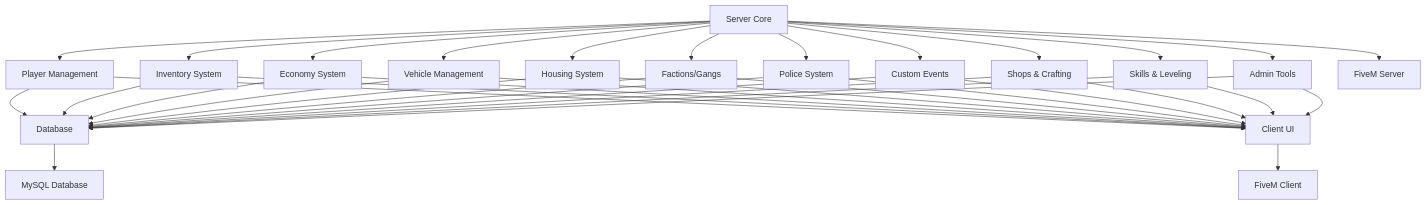
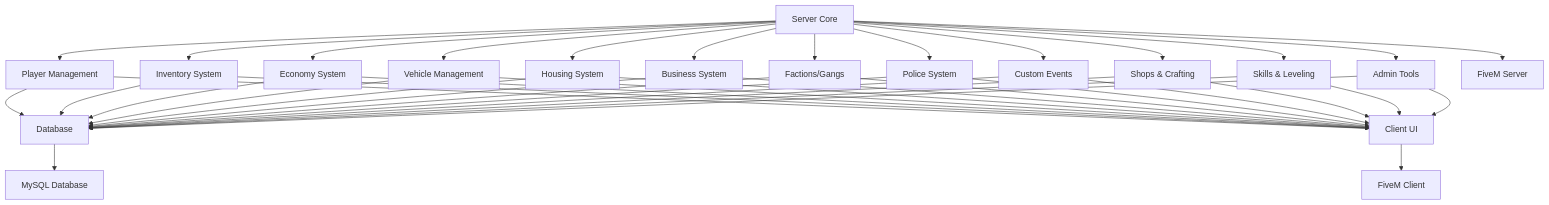
Before and after one commit to urmoit/CYV-RP: the diagram in plans/roadmap.md, drawn with Mermaid. The commit also changed other lines of this file and 2 other files, not shown here.

Commit message:
Enhance README and planning documents with detailed features and development roadmap. Updated housing system to include buyable mansions and added a new business system for drug dealing operations. Expanded TODO list and roadmap to reflect structured development phases and tasks.

````diff
--- a/plans/roadmap.md
+++ b/plans/roadmap.md
@@ -69,42 +78,45 @@
 ```mermaid
 graph TD
     A[Player Management] --> B[Database]
     C[Inventory System] --> B
     D[Economy System] --> B
     E[Vehicle Management] --> B
     F[Housing System] --> B
+    F2[Business System] --> B
     G[Factions/Gangs] --> B
     H[Police System] --> B
     I[Custom Events] --> B
     J[Shops & Crafting] --> B
     K[Skills & Leveling] --> B
     L[Admin Tools] --> B
 
     A --> M[Client UI]
     C --> M
     D --> M
     E --> M
     F --> M
+    F2 --> M
     G --> M
     H --> M
     I --> M
     J --> M
     K --> M
     L --> M
 
     N[Server Core] --> A
     N --> C
     N --> D
     N --> E
     N --> F
+    N --> F2
     N --> G
     N --> H
     N --> I
     N --> J
     N --> K
     N --> L
 
     B --> O[MySQL Database]
     M --> P[FiveM Client]
     N --> Q[FiveM Server]
 ```
````
